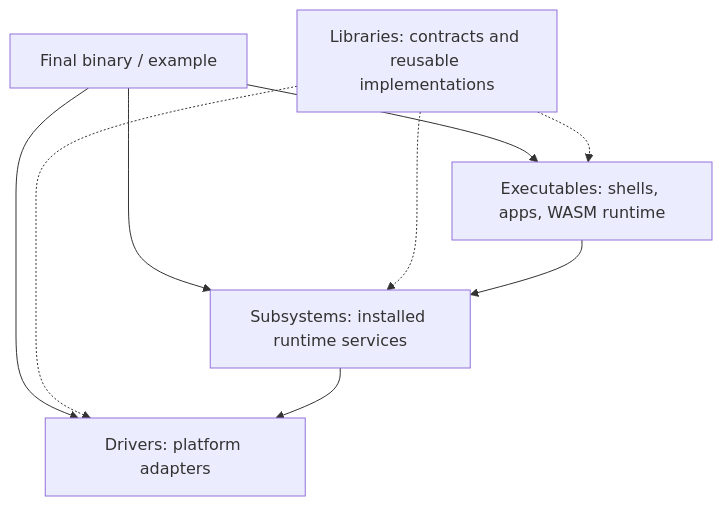
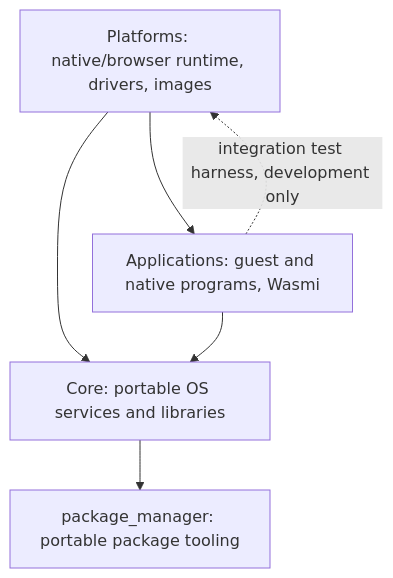
One commit to Xila-Project/Website changed the diagram in src/explanation/architecture/index.md. Above: the diagram before and after it, drawn with Mermaid. The commit also changed other lines of this file and 57 other files, not shown here.

Commit message:
docs: synchronize Core, Applications and Platforms split, sources and demos (#71)

````diff
--- a/src/explanation/architecture/index.md
+++ b/src/explanation/architecture/index.md
@@ -13,11 +13,8 @@
 ```mermaid
-flowchart TB
-    Binary[Final binary / example] --> Subsystems[Subsystems: installed runtime services]
-    Binary --> Drivers[Drivers: platform adapters]
-    Binary --> Executables[Executables: shells, apps, WASM runtime]
-    Libraries[Libraries: contracts and reusable implementations] -.-> Subsystems
-    Libraries -.-> Drivers
-    Libraries -.-> Executables
-    Executables --> Subsystems
-    Subsystems --> Drivers
+flowchart TD
+    P[Platforms: native/browser runtime, drivers, images] --> C[Core: portable OS services and libraries]
+    P --> A[Applications: guest and native programs, Wasmi]
+    A --> C
+    A -.->|integration test harness, development only| P
+    C --> R[package_manager: portable package tooling]
 ```
````
